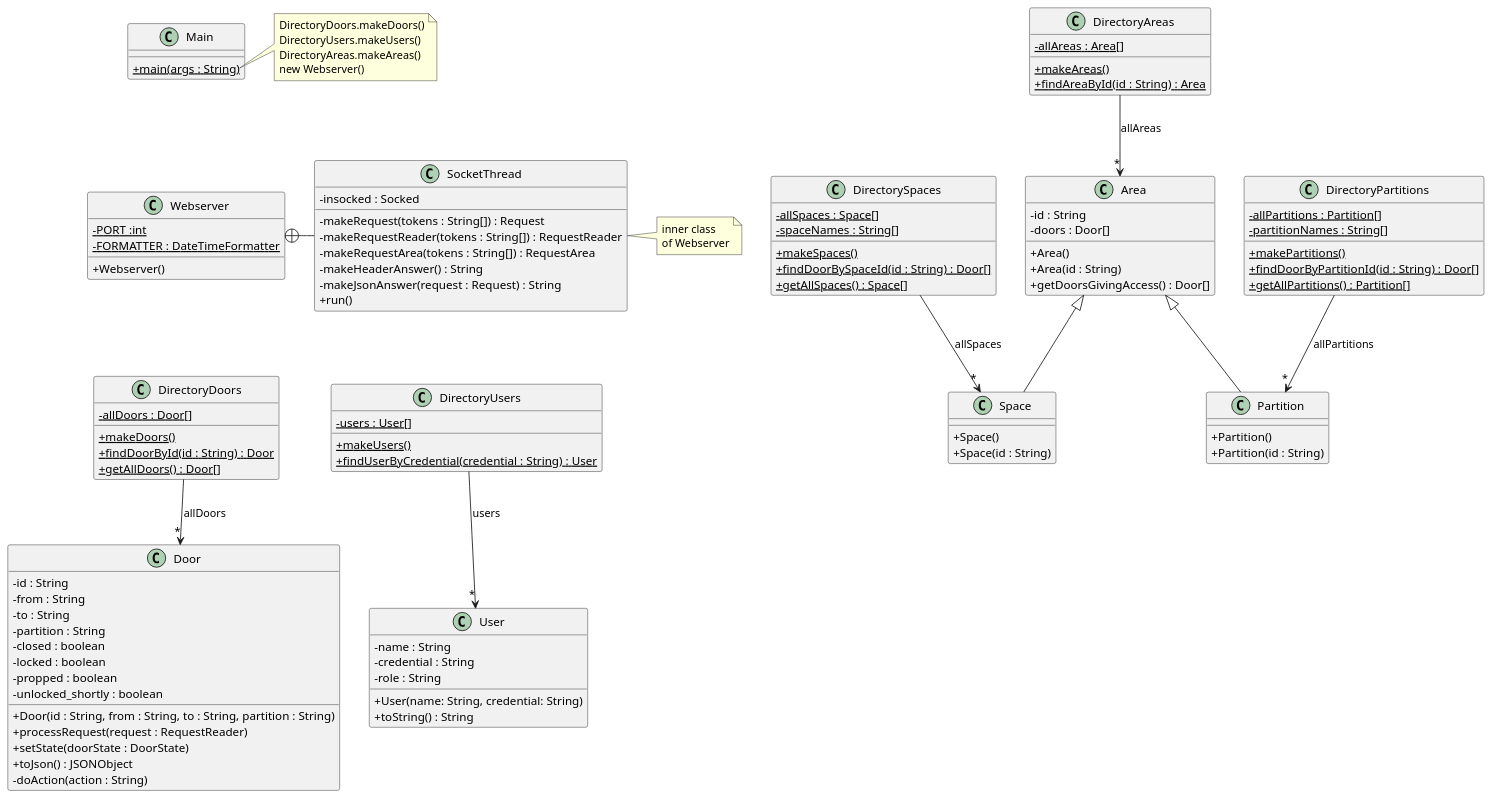
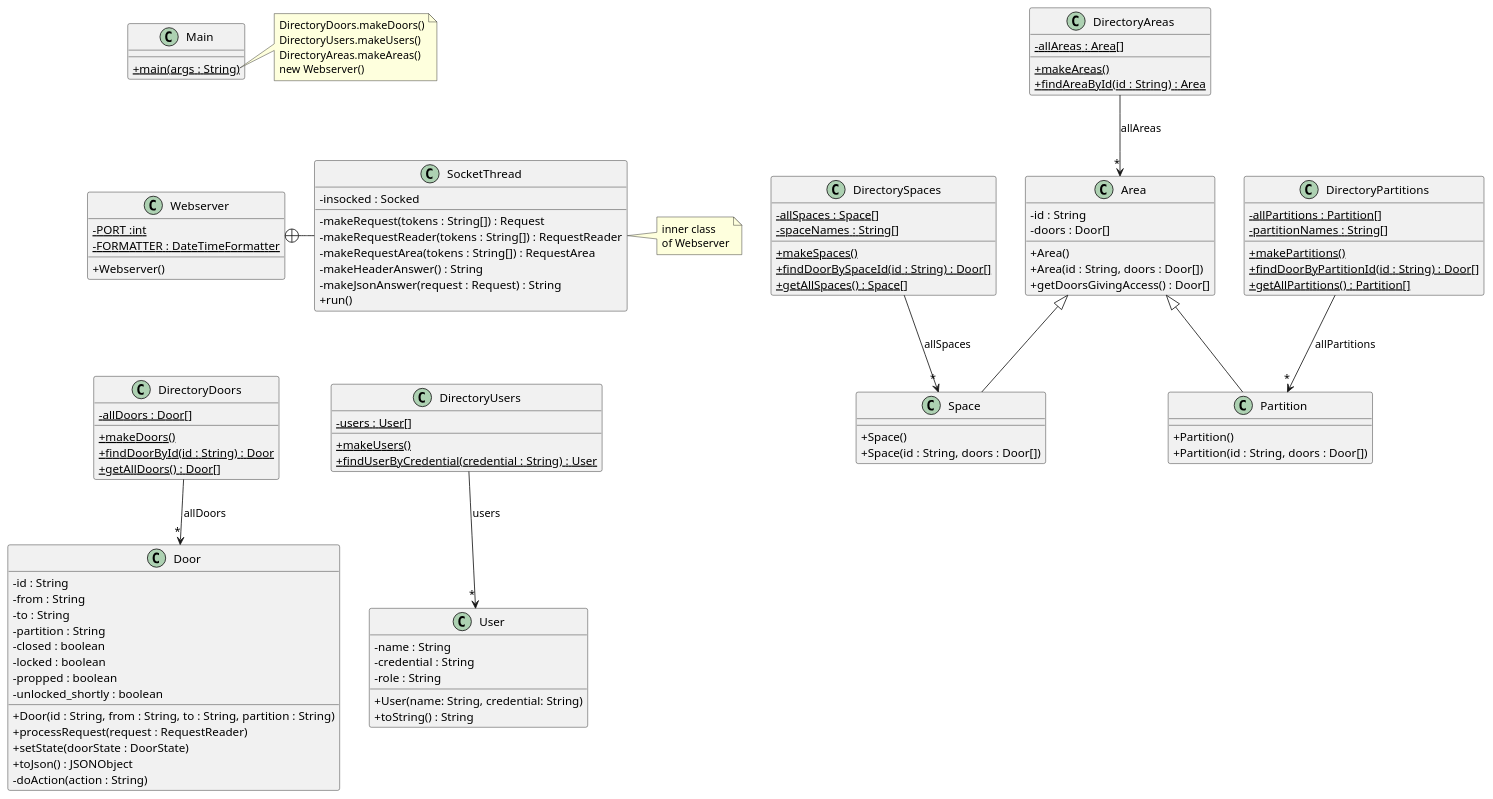
One commit to davidal15/Projecte-DS changed the diagram in src/baseNoStates/uml/base_no_states.puml. Above: the diagram before and after it, drawn with PlantUML. The commit also changed 4 other files, not shown here.

```diff
--- a/src/baseNoStates/uml/base_no_states.puml
+++ b/src/baseNoStates/uml/base_no_states.puml
@@ -1,139 +1,139 @@
 @startuml
 'https://plantuml.com/class-diagram
 skinparam classAttributeIconSize 0
 
 class Webserver {
 - {static} PORT :int
 - {static} FORMATTER : DateTimeFormatter
 + Webserver()
 }
 
 class SocketThread {
 - insocked : Socked
 - makeRequest(tokens : String[]) : Request
 - makeRequestReader(tokens : String[]) : RequestReader
 - makeRequestArea(tokens : String[]) : RequestArea
 - makeHeaderAnswer() : String
 - makeJsonAnswer(request : Request) : String
 + run()
 }
 
 Webserver +-right- SocketThread
 
 note right of SocketThread
 inner class
 of Webserver
 end note
 
 class DirectoryDoors {
 - {static} allDoors : Door[]
 + {static} makeDoors()
 + {static} findDoorById(id : String) : Door
 + {static} getAllDoors() : Door[]
 }
 
 DirectoryDoors --> "*" Door : "allDoors"
 
 class DirectoryUsers {
 - {static} users : User[]
 + {static} makeUsers()
 + {static} findUserByCredential(credential : String) : User
 }
 
 DirectoryUsers --> "*" User : "users"
 
 class DirectorySpaces {
 -{static} allSpaces : Space[]
 -{static} spaceNames : String[]
 +{static} makeSpaces()
 +{static} findDoorBySpaceId(id : String) : Door[]
 +{static} getAllSpaces() : Space[]
 }
 
 DirectorySpaces --> "*" Space : "allSpaces"
 
 class DirectoryPartitions {
 -{static} allPartitions : Partition[]
 -{static} partitionNames : String[]
 +{static} makePartitions()
 +{static} findDoorByPartitionId(id : String) : Door[]
 +{static} getAllPartitions() : Partition[]
 }
 
 DirectoryPartitions --> "*" Partition : "allPartitions"
 
 class DirectoryAreas {
 - {static} allAreas : Area[]
 + {static} makeAreas()
 + {static} findAreaById(id : String) : Area
 
 }
 
 DirectoryAreas --> "*" Area : "allAreas"
 
 
 class Door {
 - id : String
 - from : String
 - to : String
 - partition : String
 - closed : boolean
 - locked : boolean
 - propped : boolean
 - unlocked_shortly : boolean
 + Door(id : String, from : String, to : String, partition : String)
 + processRequest(request : RequestReader)
 + setState(doorState : DoorState)
 + toJson() : JSONObject
 '+ toString() : String
 '+ isClosed() :boolean
 '+ setClosed(b : boolean)
 '+ getStateName() : String
 - doAction(action : String)
 }
 
 
 class User {
 - name : String
 - credential : String
 - role : String
 + User(name: String, credential: String)
 + toString() : String
 }
 
 class Space {
 + Space()
-+ Space(id : String)
++ Space(id : String, doors : Door[])
 }
 
 class Partition {
 + Partition()
-+ Partition(id : String)
++ Partition(id : String, doors : Door[])
 }
 
 class Area {
 - id : String
 - doors : Door[]
 + Area()
-+ Area(id : String)
++ Area(id : String, doors : Door[])
 + getDoorsGivingAccess() : Door[]
 }
 
 Area <|-- Space
 Area <|-- Partition
 
 class Main {
 + {static} main(args : String)
 }
 
 note right of Main::main
 DirectoryDoors.makeDoors()
 DirectoryUsers.makeUsers()
 DirectoryAreas.makeAreas()
 new Webserver()
 end note
 
 Main -[hidden]down- Webserver
 Webserver -[hidden]down- DirectoryDoors
 DirectoryDoors -[hidden]right- DirectoryUsers
 @enduml
```
